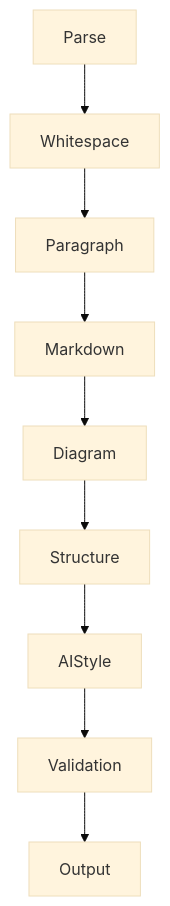
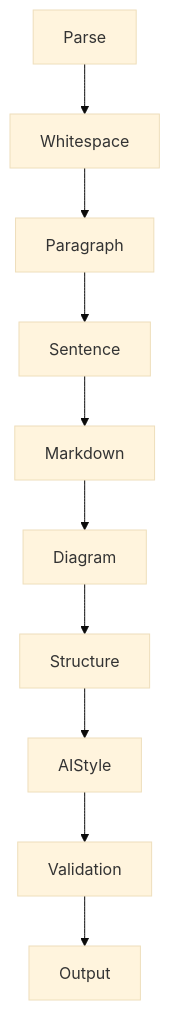
Before and after one commit to devweekly/devweekly.github.io: the diagram in .trae/skills/tidy-chatgpt-text/SKILL.md, drawn with Mermaid (base theme). The commit also changed other lines of this file, not shown here.

````diff
--- a/.trae/skills/tidy-chatgpt-text/SKILL.md
+++ b/.trae/skills/tidy-chatgpt-text/SKILL.md
@@ -33,11 +63,12 @@
 ```mermaid
 flowchart TD
     Parse --> Whitespace
     Whitespace --> Paragraph
-    Paragraph --> Markdown
+    Paragraph --> Sentence
+    Sentence --> Markdown
     Markdown --> Diagram
     Diagram --> Structure
     Structure --> AIStyle
     AIStyle --> Validation
     Validation --> Output
 ```
````
